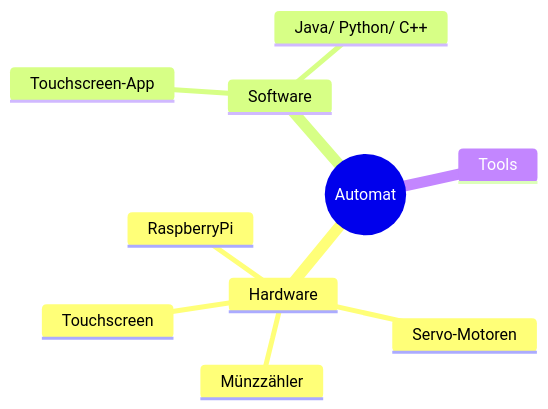
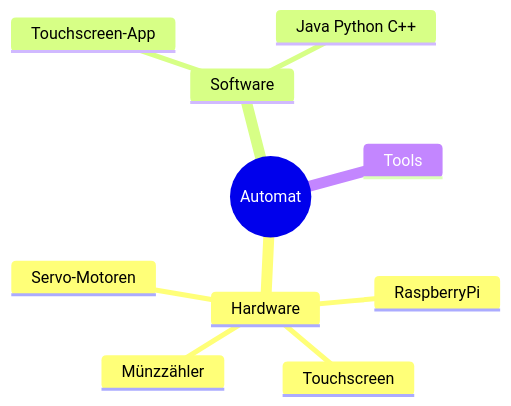
The diagram in README.md (Darabrob/Projekt_Automat), drawn with Mermaid before and after one commit.

````diff
--- a/README.md
+++ b/README.md
@@ -3,15 +3,15 @@
 ```mermaid
 mindmap
   root((Automat))
     Hardware
       RaspberryPi
       Touchscreen
       Münzzähler
       Servo-Motoren
     Software
       Touchscreen-App
-      Java/ Python/ C++
+      Java Python C++
       
     Tools
 
 ```
````
